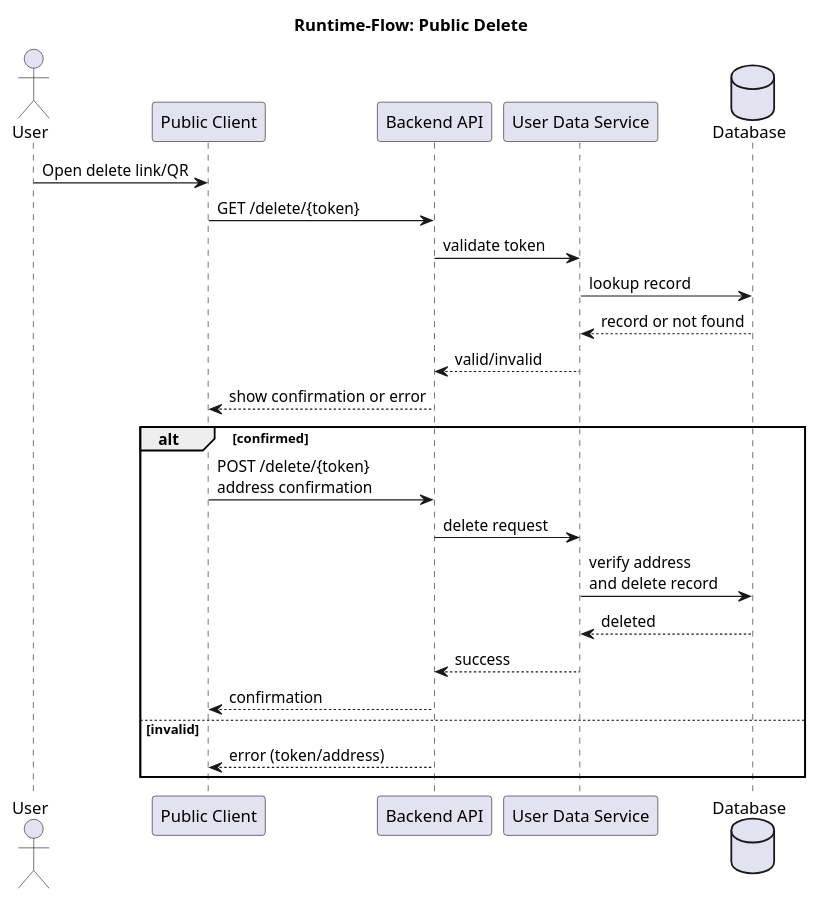
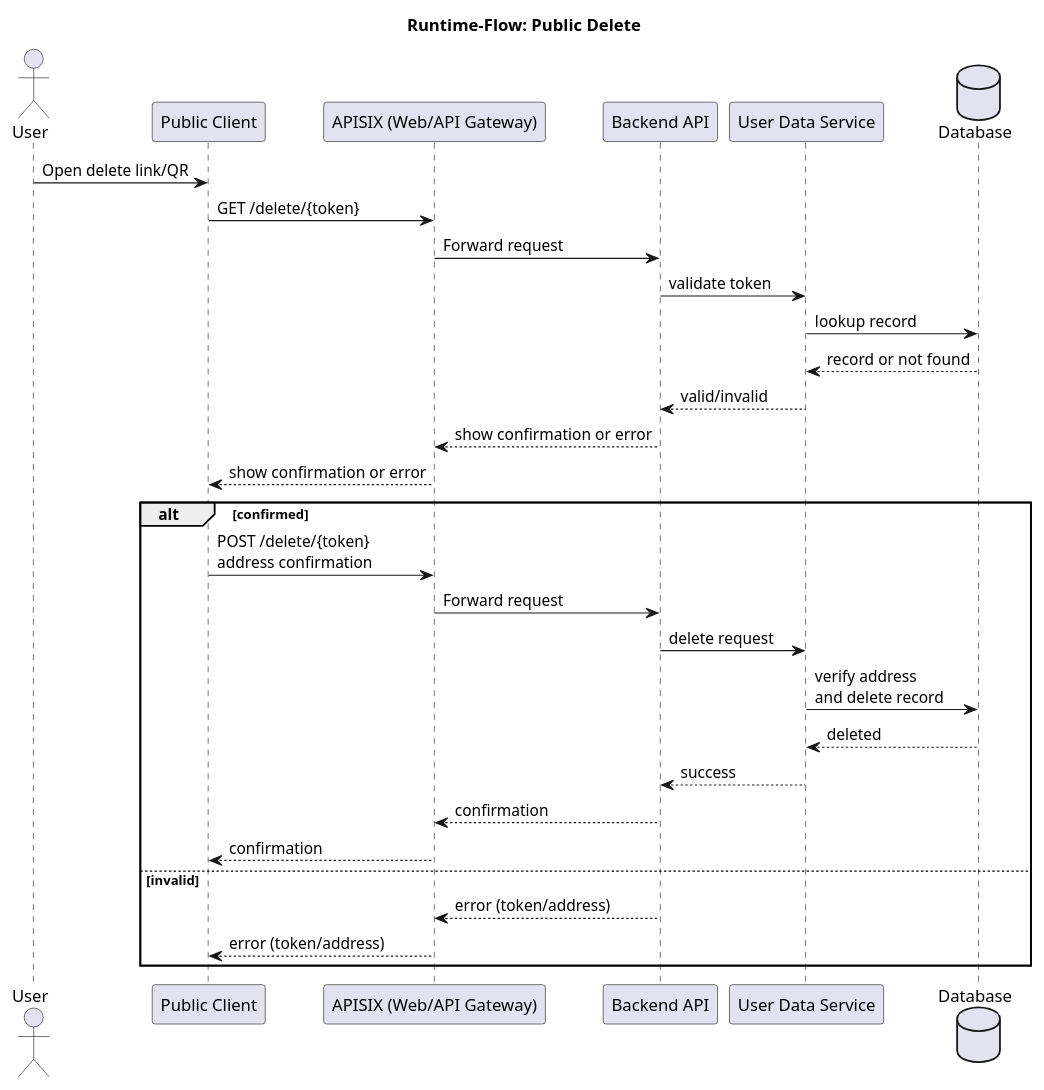
Before and after one commit to csi-FOXBYTE/Regensburg_DigitalerEnergieZwilling_Backend: the diagram in docs/architecture/raw/runtime-flow-delete.puml, drawn with PlantUML. The commit also changed 36 other files, not shown here.

```diff
--- a/docs/architecture/raw/runtime-flow-delete.puml
+++ b/docs/architecture/raw/runtime-flow-delete.puml
@@ -1,29 +1,35 @@
 @startuml
 title Runtime-Flow: Public Delete
 
 actor User
 participant "Public Client" as client
+participant "APISIX (Web/API Gateway)" as gateway
 participant "Backend API" as api
 participant "User Data Service" as uds
 database "Database" as db
 
 User -> client : Open delete link/QR
-client -> api : GET /delete/{token}
+client -> gateway : GET /delete/{token}
+gateway -> api : Forward request
 api -> uds : validate token
 uds -> db : lookup record
 db --> uds : record or not found
 uds --> api : valid/invalid
-api --> client : show confirmation or error
+api --> gateway : show confirmation or error
+gateway --> client : show confirmation or error
 
 alt confirmed
-  client -> api : POST /delete/{token}\naddress confirmation
+  client -> gateway : POST /delete/{token}\naddress confirmation
+  gateway -> api : Forward request
   api -> uds : delete request
   uds -> db : verify address\nand delete record
   db --> uds : deleted
   uds --> api : success
-  api --> client : confirmation
+  api --> gateway : confirmation
+  gateway --> client : confirmation
 else invalid
-  api --> client : error (token/address)
+  api --> gateway : error (token/address)
+  gateway --> client : error (token/address)
 end
 
 @enduml
```
